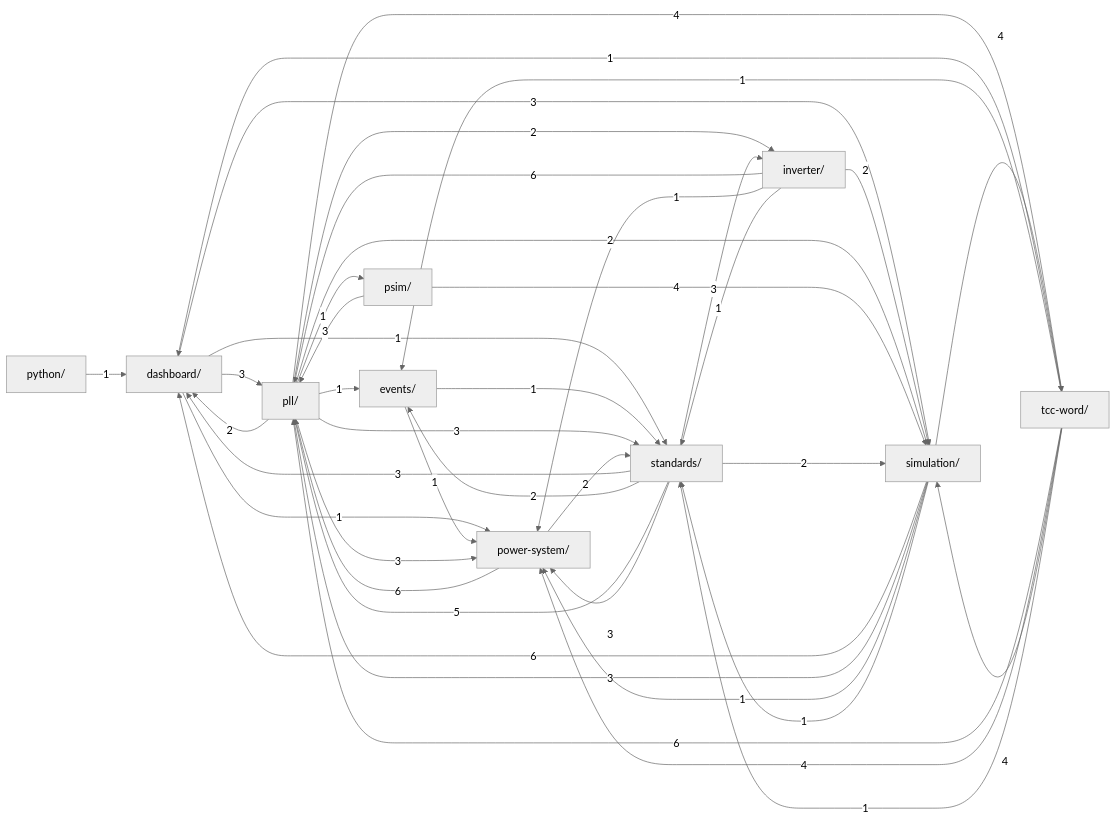
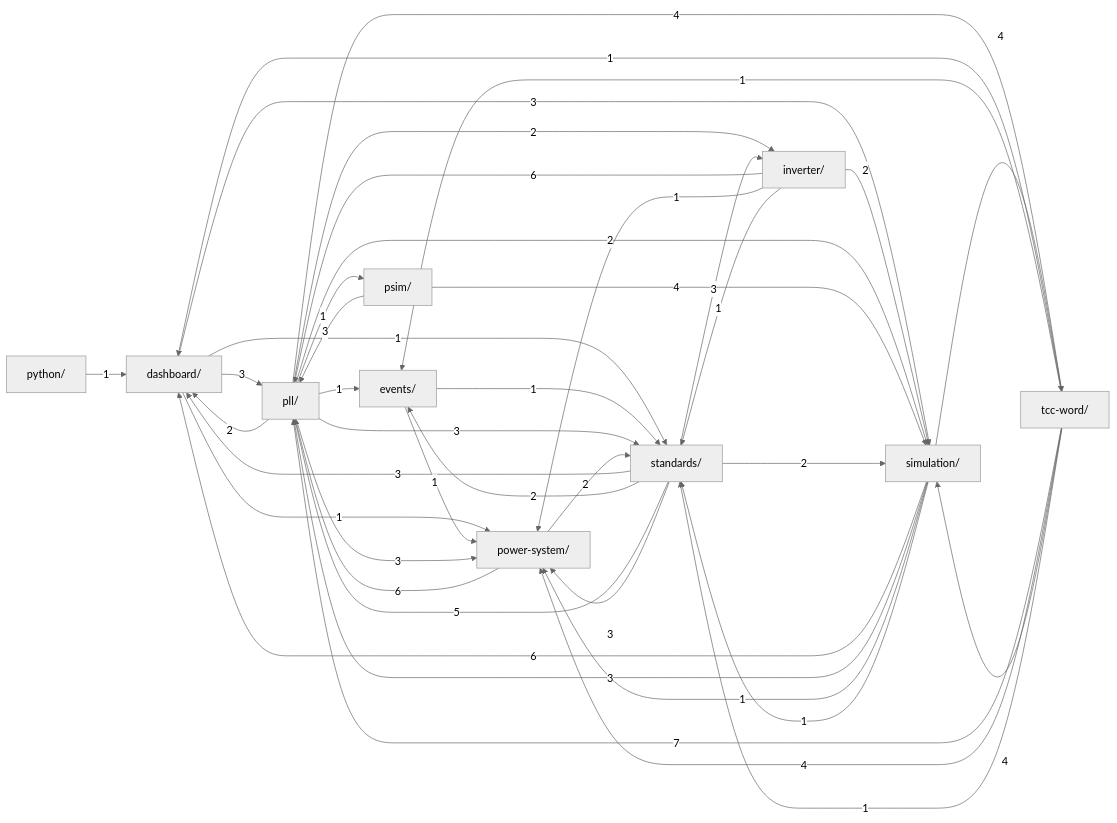
Before and after one commit to GGHB0/pll_stability_9bus: the diagram in .claude/kb/grafo.md, drawn with Mermaid (neutral theme). The commit also changed 4 other files, not shown here.

Commit message:
Record K_pd = V_m derivation and PLL input normalization in TCC KB

````diff
--- a/.claude/kb/grafo.md
+++ b/.claude/kb/grafo.md
@@ -12,53 +12,53 @@
 ```mermaid
 graph LR
     dashboard["dashboard/"]
     events["events/"]
     inverter["inverter/"]
     pll["pll/"]
     power_system["power-system/"]
     psim["psim/"]
     python["python/"]
     simulation["simulation/"]
     standards["standards/"]
     tcc_word["tcc-word/"]
     dashboard -->|3| pll
     dashboard -->|1| power_system
     dashboard -->|3| simulation
     dashboard -->|1| standards
     events -->|1| power_system
     events -->|1| standards
     inverter -->|6| pll
     inverter -->|1| power_system
     inverter -->|2| simulation
     inverter -->|1| standards
     pll -->|2| dashboard
     pll -->|1| events
     pll -->|2| inverter
     pll -->|3| power_system
     pll -->|1| psim
     pll -->|2| simulation
     pll -->|3| standards
     pll -->|4| tcc_word
     power_system -->|6| pll
     power_system -->|2| standards
     psim -->|3| pll
     psim -->|4| simulation
     python -->|1| dashboard
     simulation -->|6| dashboard
     simulation -->|3| pll
     simulation -->|1| power_system
     simulation -->|1| standards
     simulation -->|4| tcc_word
     standards -->|3| dashboard
     standards -->|2| events
     standards -->|3| inverter
     standards -->|5| pll
     standards -->|3| power_system
     standards -->|2| simulation
     tcc_word -->|1| dashboard
     tcc_word -->|1| events
-    tcc_word -->|6| pll
+    tcc_word -->|7| pll
     tcc_word -->|4| power_system
     tcc_word -->|4| simulation
     tcc_word -->|1| standards
 ```
````
